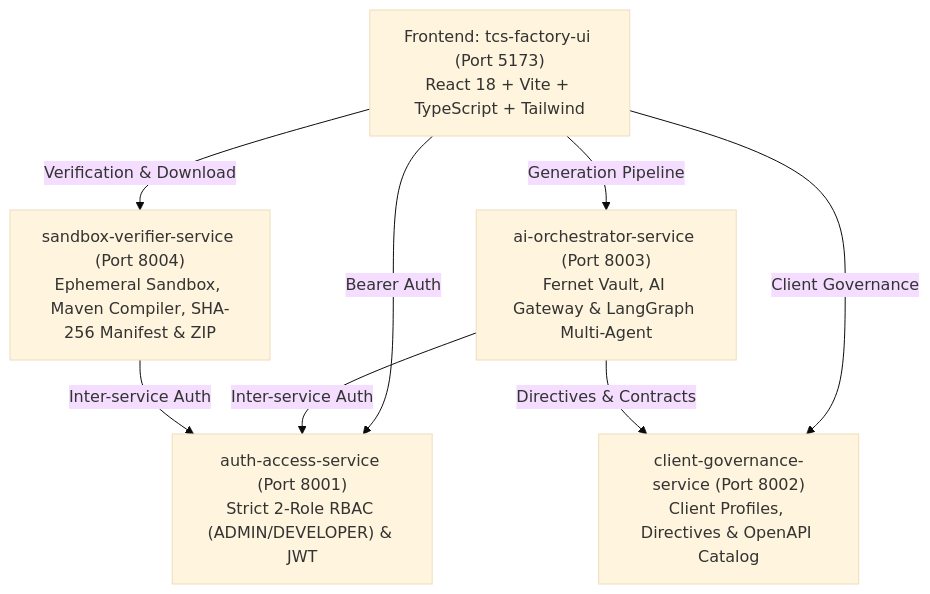
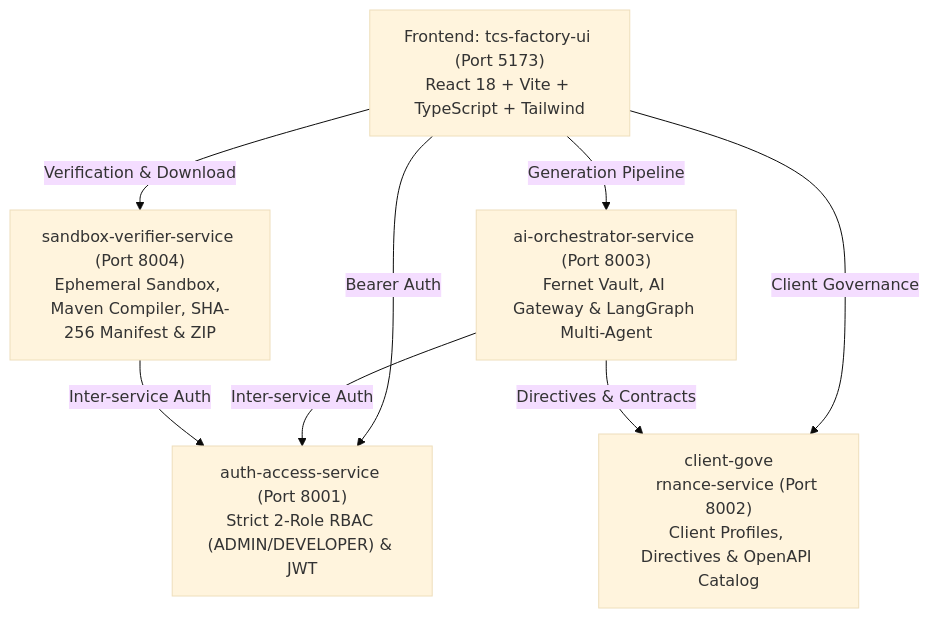
Before and after one commit to Adrianus4/reintento_quarkus: the diagram in README.md, drawn with Mermaid (base theme). The commit also changed 16 other files, not shown here.

````diff
--- a/README.md
+++ b/README.md
@@ -12,18 +12,19 @@
 ```mermaid
 graph TD
     UI["Frontend: tcs-factory-ui (Port 5173)<br/>React 18 + Vite + TypeScript + Tailwind"]
     
     AUTH["auth-access-service (Port 8001)<br/>Strict 2-Role RBAC (ADMIN/DEVELOPER) & JWT"]
-    GOV["client-governance-service (Port 8002)<br/>Client Profiles, Directives & OpenAPI Catalog"]
+    GOV["client-gove
+    rnance-service (Port 8002)<br/>Client Profiles, Directives & OpenAPI Catalog"]
     ORCH["ai-orchestrator-service (Port 8003)<br/>Fernet Vault, AI Gateway & LangGraph Multi-Agent"]
     VERIF["sandbox-verifier-service (Port 8004)<br/>Ephemeral Sandbox, Maven Compiler, SHA-256 Manifest & ZIP"]
 
     UI -->|Bearer Auth| AUTH
     UI -->|Client Governance| GOV
     UI -->|Generation Pipeline| ORCH
     UI -->|Verification & Download| VERIF
 
     ORCH -->|Inter-service Auth| AUTH
     ORCH -->|Directives & Contracts| GOV
     VERIF -->|Inter-service Auth| AUTH
 ```
````
